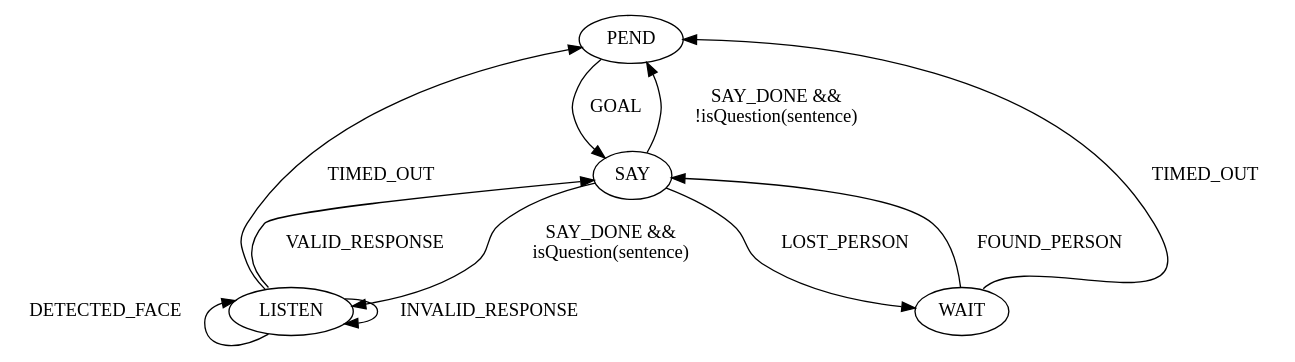
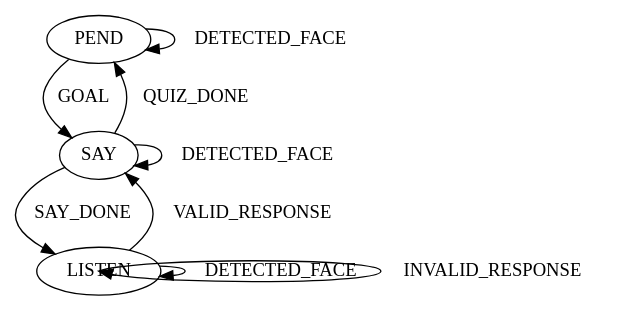
The diagram in docs/travel_personality_quiz_fsm.dot (mjyc/cycle-robot-drivers), drawn with Graphviz before and after one commit. The commit also changed 4 other files, not shown here.

```diff
--- a/docs/travel_personality_quiz_fsm.dot
+++ b/docs/travel_personality_quiz_fsm.dot
@@ -1,13 +1,11 @@
-digraph G {
+digraph {
 forcelabels=true
   PEND -> SAY [ label="  GOAL  " ]
-  SAY -> LISTEN [ label="  SAY_DONE &&  \n  isQuestion(sentence)  " ]
-  SAY -> PEND [ label="  SAY_DONE &&  \n  !isQuestion(sentence)  " ]
-  SAY -> WAIT [ label="  LOST_PERSON  " ] 
-  LISTEN:nw -> SAY [ label="  VALID_RESPONSE  " ]
-  LISTEN -> LISTEN [ label="  INVALID_RESPONSE  " ]
-  LISTEN:sw -> LISTEN [ label=" DETECTED_FACE  " ]
-  LISTEN -> PEND [ label="  TIMED_OUT  " ]
-  WAIT -> SAY [ label="  FOUND_PERSON  " ]
-  WAIT:ne -> PEND [ label="  TIMED_OUT  " ]
+  PEND -> PEND [ label="  DETECTED_FACE  " ]
+  SAY -> LISTEN [ label="  SAY_DONE  " ]
+  SAY -> PEND [ label="  QUIZ_DONE  " ]
+  SAY -> SAY [ label="  DETECTED_FACE  " ]
+  LISTEN -> SAY [ label="  VALID_RESPONSE  " ]
+  LISTEN:s -> LISTEN:s [ label="  INVALID_RESPONSE  " ]
+  LISTEN -> LISTEN [ label="  DETECTED_FACE  " ]
 }
```
